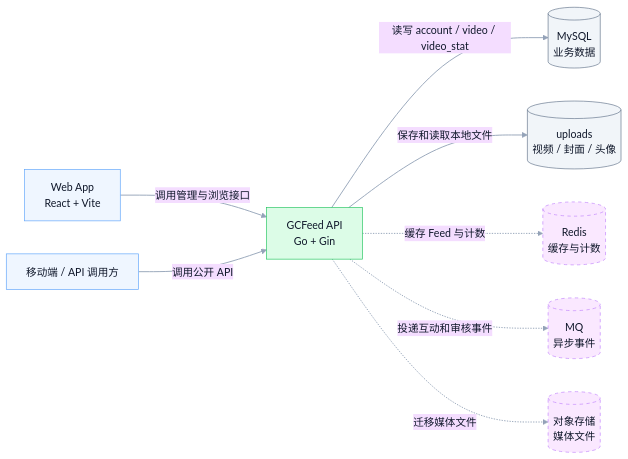
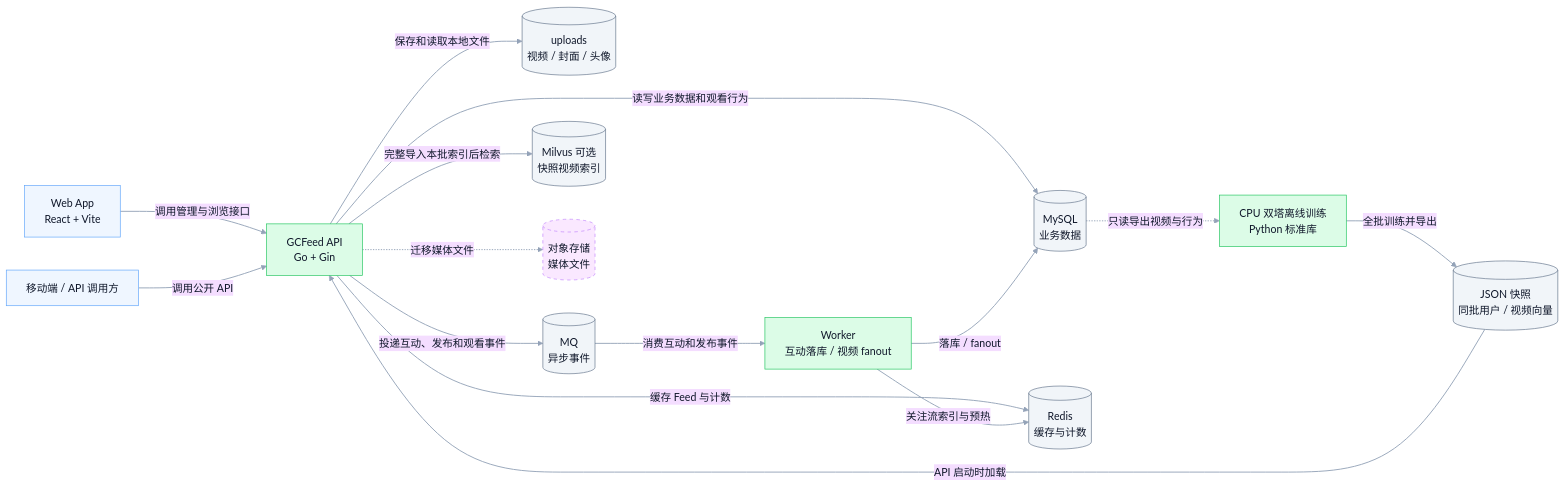
The first of 5 diagrams in docs/architecture.md (slyslyan/GCFeed), drawn with Mermaid before and after one commit. The commit also changed other lines of this file and 18 other files, not shown here.

````diff
--- a/docs/architecture.md
+++ b/docs/architecture.md
@@ -9,43 +9,54 @@
 ```mermaid
 ---
 config:
   theme: base
   layout: dagre
   themeVariables:
     background: transparent
     fontFamily: Inter, PingFang SC, Microsoft YaHei, Arial
     primaryTextColor: "#0F172A"
     lineColor: "#94A3B8"
     clusterBkg: "#F8FAFC"
     clusterBorder: "#CBD5E1"
 ---
 flowchart LR
   %% GCFeed MVP system context
   classDef client fill:#EFF6FF,stroke:#60A5FA,color:#0F172A,stroke-width:1px;
   classDef system fill:#DCFCE7,stroke:#22C55E,color:#0F172A,stroke-width:1px;
   classDef store fill:#F1F5F9,stroke:#64748B,color:#0F172A,stroke-width:1px;
   classDef future fill:#FAE8FF,stroke:#C084FC,color:#0F172A,stroke-width:1px,stroke-dasharray:5 5;
 
   Web["Web App<br/>React + Vite"]
   Client["移动端 / API 调用方"]
   API["GCFeed API<br/>Go + Gin"]
   MySQL[("MySQL<br/>业务数据")]
   Uploads[("uploads<br/>视频 / 封面 / 头像")]
   Redis[("Redis<br/>缓存与计数")]
   MQ[("MQ<br/>异步事件")]
+  Worker["Worker<br/>互动落库 / 视频 fanout"]
+  Trainer["CPU 双塔离线训练<br/>Python 标准库"]
+  Snapshot[("JSON 快照<br/>同批用户 / 视频向量")]
+  Milvus[("Milvus 可选<br/>快照视频索引")]
   ObjectStorage[("对象存储<br/>媒体文件")]
 
   Web -->|"调用管理与浏览接口"| API
   Client -->|"调用公开 API"| API
-  API -->|"读写 account / video / video_stat"| MySQL
+  API -->|"读写业务数据和观看行为"| MySQL
   API -->|"保存和读取本地文件"| Uploads
-  API -.->|"缓存 Feed 与计数"| Redis
-  API -.->|"投递互动和审核事件"| MQ
+  API -->|"缓存 Feed 与计数"| Redis
+  API -->|"投递互动、发布和观看事件"| MQ
+  MQ -->|"消费互动和发布事件"| Worker
+  Worker -->|"落库 / fanout"| MySQL
+  Worker -->|"关注流索引与预热"| Redis
+  MySQL -.->|"只读导出视频与行为"| Trainer
+  Trainer -->|"全批训练并导出"| Snapshot
+  Snapshot -->|"API 启动时加载"| API
+  API -->|"完整导入本批索引后检索"| Milvus
   API -.->|"迁移媒体文件"| ObjectStorage
 
   class Web,Client client;
-  class API system;
-  class MySQL,Uploads store;
-  class Redis,MQ,ObjectStorage future;
+  class API,Worker,Trainer system;
+  class MySQL,Uploads,Redis,MQ,Snapshot,Milvus store;
+  class ObjectStorage future;
   linkStyle default stroke:#94A3B8,stroke-width:1.4px
 ```
````
